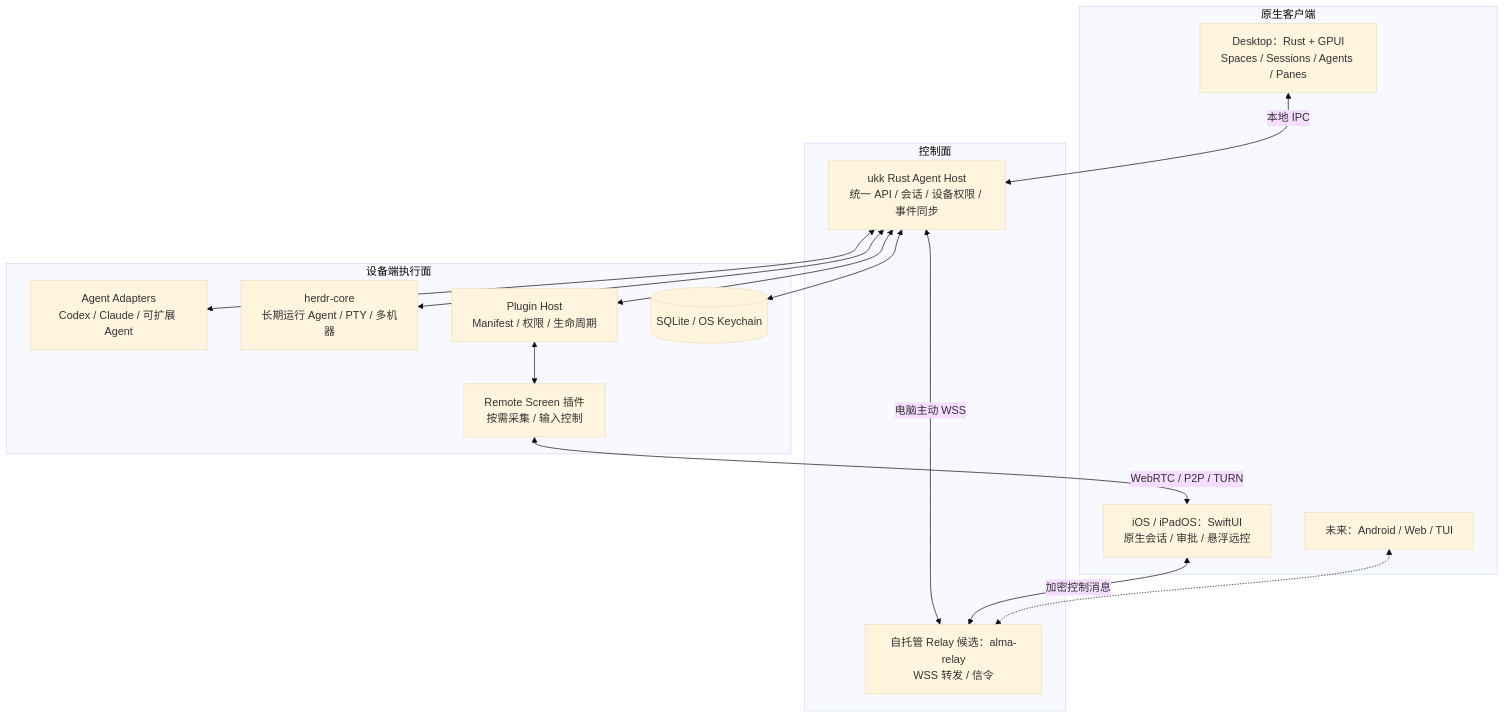
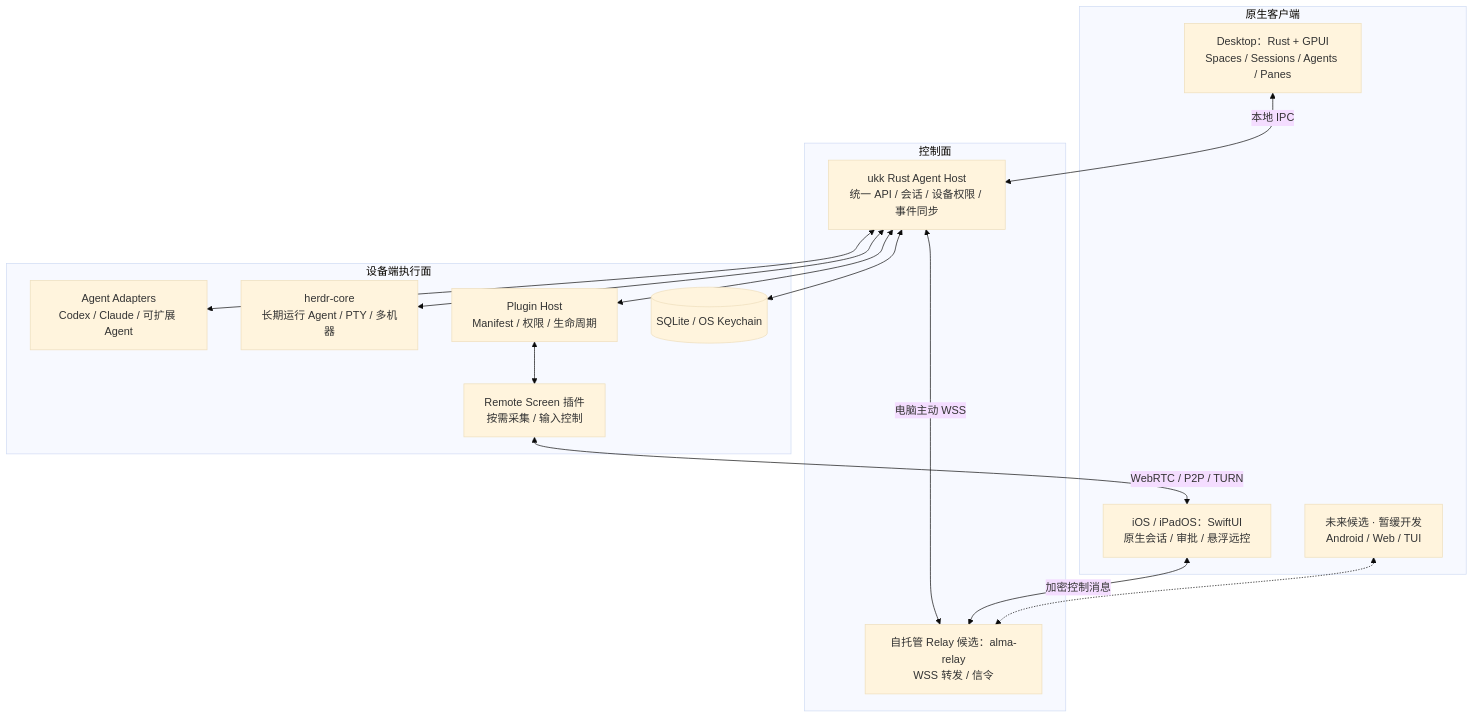
One commit to suj1e/ukk changed the first of 2 diagrams in docs/OVERVIEW.zh-CN.md. Above: the diagram before and after it, drawn with Mermaid (base theme). The commit also changed other lines of this file, not shown here.

Commit message:
docs(scope): prioritize three native desktop OSes and iOS; defer Android Web TUI

````diff
--- a/docs/OVERVIEW.zh-CN.md
+++ b/docs/OVERVIEW.zh-CN.md
@@ -21,29 +27,29 @@
 ```mermaid
 flowchart TB
   subgraph Front["原生客户端"]
     D["Desktop：Rust + GPUI<br/>Spaces / Sessions / Agents / Panes"]
     M["iOS / iPadOS：SwiftUI<br/>原生会话 / 审批 / 悬浮远控"]
-    F["未来：Android / Web / TUI"]
+    F["未来候选 · 暂缓开发<br/>Android / Web / TUI"]
   end
   subgraph Control["控制面"]
     R["自托管 Relay 候选：alma-relay<br/>WSS 转发 / 信令"]
     H["ukk Rust Agent Host<br/>统一 API / 会话 / 设备权限 / 事件同步"]
   end
   subgraph Runtime["设备端执行面"]
     A["Agent Adapters<br/>Codex / Claude / 可扩展 Agent"]
     HC["herdr-core<br/>长期运行 Agent / PTY / 多机器"]
     P["Plugin Host<br/>Manifest / 权限 / 生命周期"]
     S["Remote Screen 插件<br/>按需采集 / 输入控制"]
     DB[("SQLite / OS Keychain")]
     H <--> A
     H <--> HC
     H <--> P
     P <--> S
     H <--> DB
   end
   D <-->|本地 IPC| H
   M <-->|加密控制消息| R
   F <-.-> R
   R <-->|电脑主动 WSS| H
   S <-->|WebRTC / P2P / TURN| M
 ```
````
